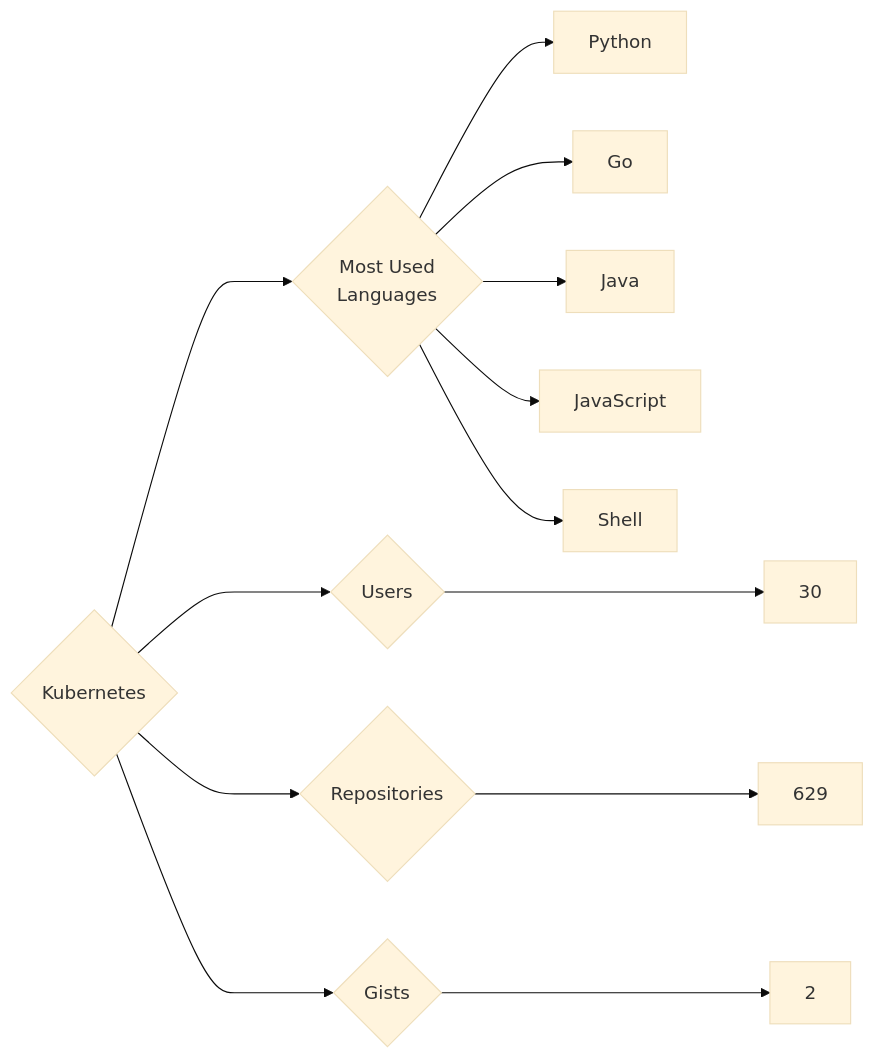
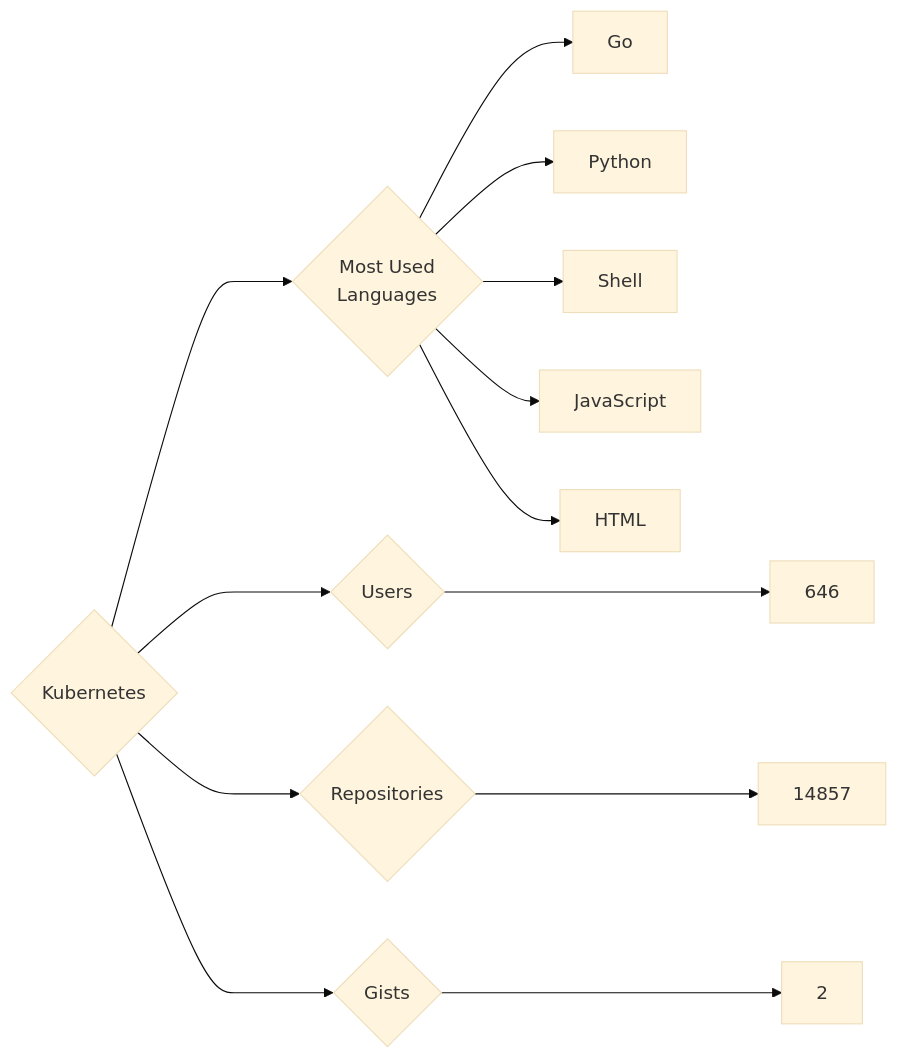
The diagram in targets/Kubernetes/README.md (trickest/insiders), drawn with Mermaid (base theme) before and after one commit. The commit also changed 900 other files, not shown here.

````diff
--- a/targets/Kubernetes/README.md
+++ b/targets/Kubernetes/README.md
@@ -3,13 +3,13 @@
 ```mermaid
 graph LR
 COMPANY_NAME{Kubernetes}
-COMPANY_NAME ---> U{Users} ---> UN[30]
-COMPANY_NAME ---> R{Repositories} ---> RN[629]
+COMPANY_NAME ---> U{Users} ---> UN[646]
+COMPANY_NAME ---> R{Repositories} ---> RN[14857]
 COMPANY_NAME ---> G{Gists} ---> GN[2]
 COMPANY_NAME ---> ML{Most Used<br>Languages}
+ML --> Go[Go]
 ML --> Python[Python]
-ML --> Go[Go]
-ML --> Java[Java]
+ML --> Shell[Shell]
 ML --> JavaScript[JavaScript]
-ML --> Shell[Shell]
+ML --> HTML[HTML]
 ```
````
